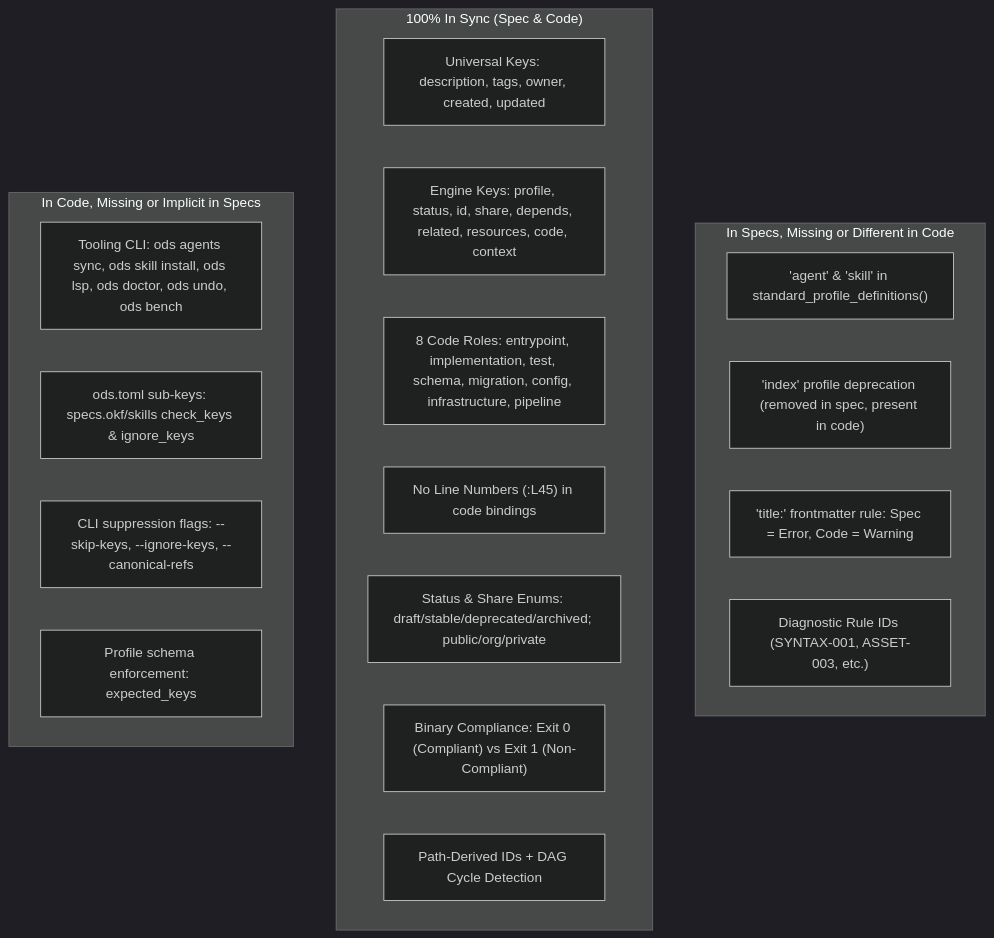
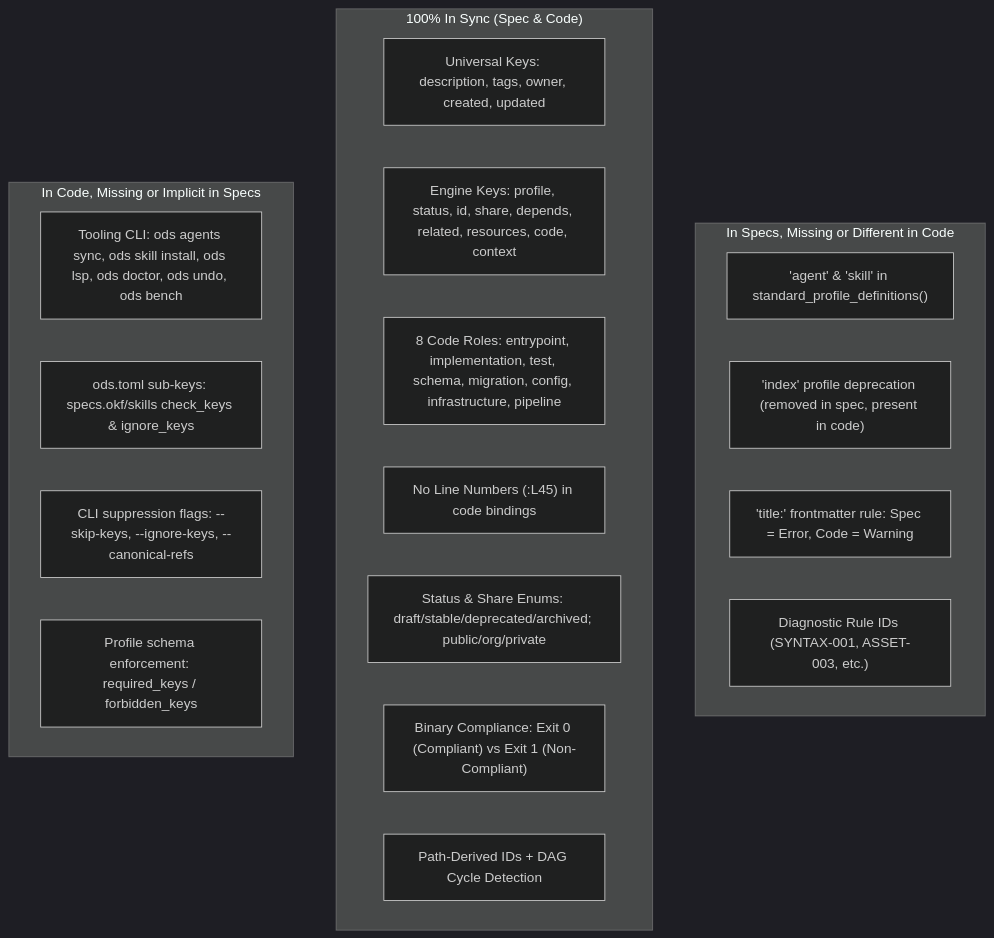
One commit to open-doc-spec/ods-spec changed the diagram in docs/plan/code-vs-spec-alignment.md. Above: the diagram before and after it, drawn with Mermaid (dark theme). The commit also changed other lines of this file and 4 other files, not shown here.

````diff
--- a/docs/plan/code-vs-spec-alignment.md
+++ b/docs/plan/code-vs-spec-alignment.md
@@ -55,26 +55,26 @@
 ```mermaid
 graph TD
     subgraph SpecOnly ["In Specs, Missing or Different in Code"]
         P1["'agent' & 'skill' in standard_profile_definitions()"]
         P2["'index' profile deprecation (removed in spec, present in code)"]
         P3["'title:' frontmatter rule: Spec = Error, Code = Warning"]
         P4["Diagnostic Rule IDs (SYNTAX-001, ASSET-003, etc.)"]
     end
 
     subgraph PerfectSync ["100% In Sync (Spec & Code)"]
         S1["Universal Keys: description, tags, owner, created, updated"]
         S2["Engine Keys: profile, status, id, share, depends, related, resources, code, context"]
         S3["8 Code Roles: entrypoint, implementation, test, schema, migration, config, infrastructure, pipeline"]
         S4["No Line Numbers (:L45) in code bindings"]
         S5["Status & Share Enums: draft/stable/deprecated/archived; public/org/private"]
         S6["Binary Compliance: Exit 0 (Compliant) vs Exit 1 (Non-Compliant)"]
         S7["Path-Derived IDs + DAG Cycle Detection"]
     end
 
     subgraph CodeOnly ["In Code, Missing or Implicit in Specs"]
         C1["Tooling CLI: ods agents sync, ods skill install, ods lsp, ods doctor, ods undo, ods bench"]
         C2["ods.toml sub-keys: specs.okf/skills check_keys & ignore_keys"]
         C3["CLI suppression flags: --skip-keys, --ignore-keys, --canonical-refs"]
-        C4["Profile schema enforcement: expected_keys"]
+        C4["Profile schema enforcement: required_keys / forbidden_keys"]
     end
 ```
````
